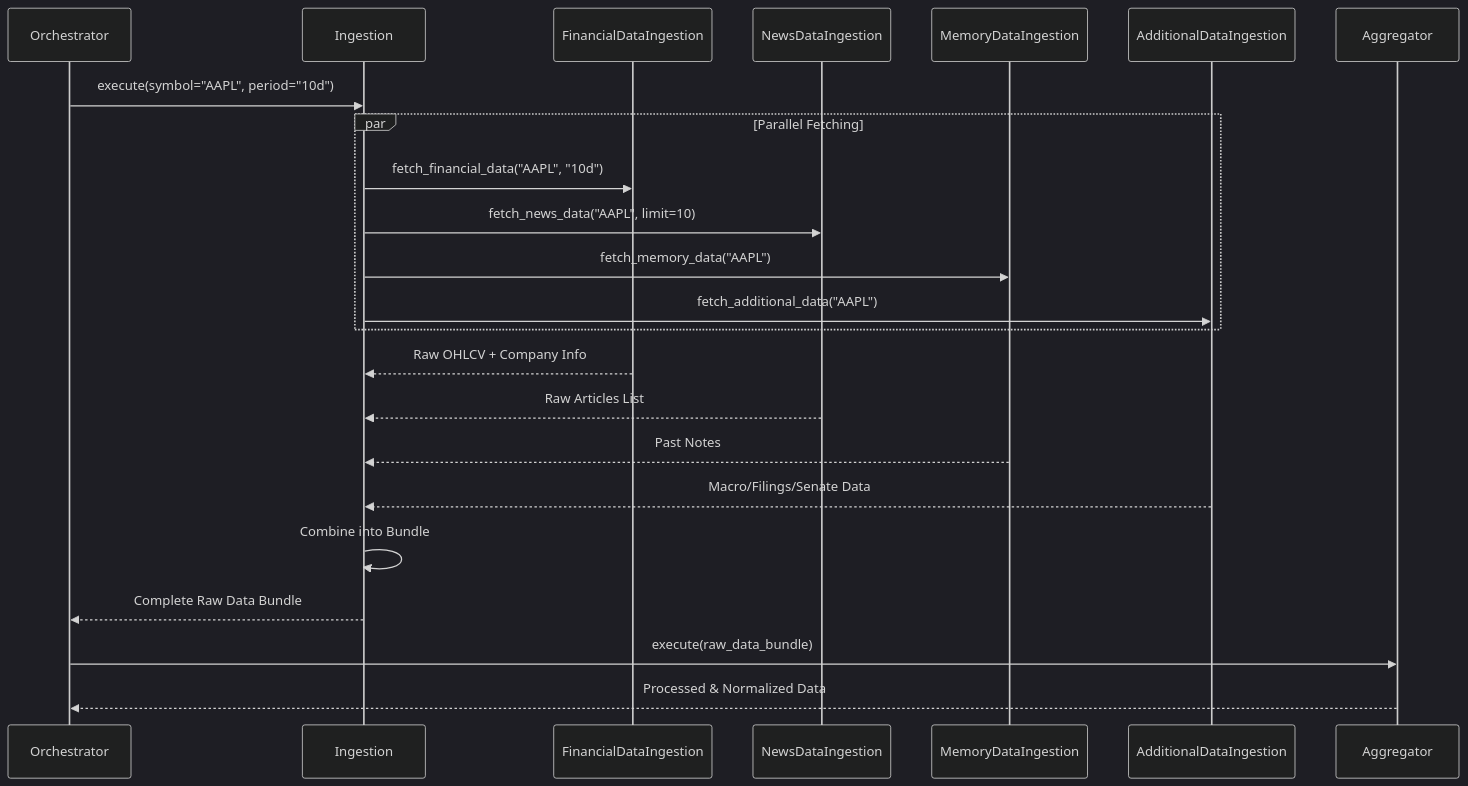
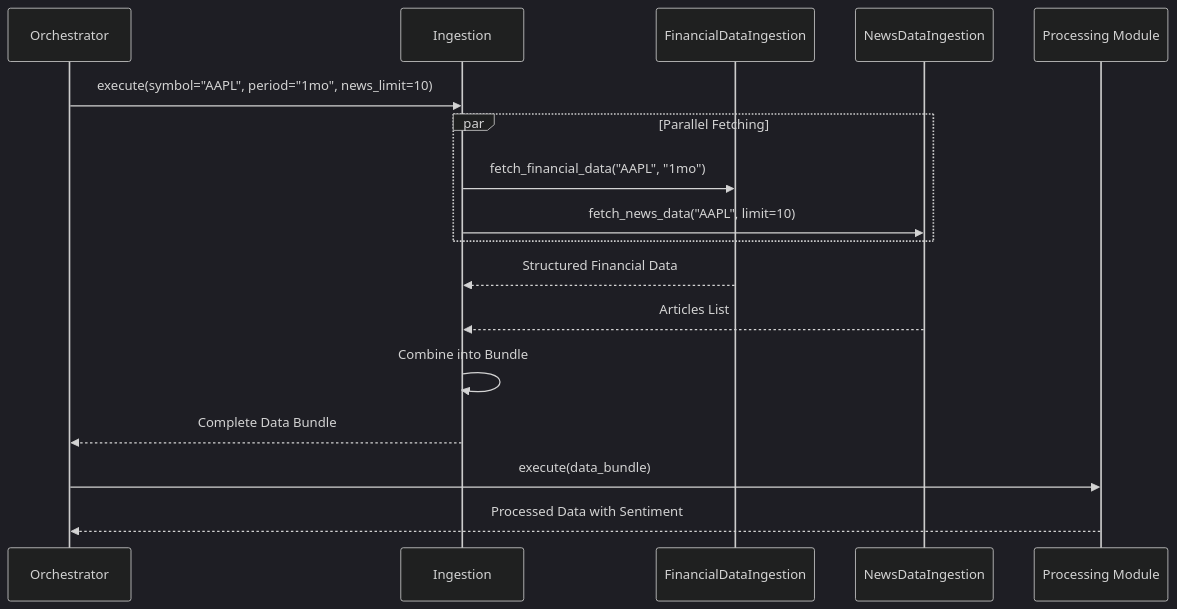
The third of 3 diagrams in src/ingestion/ingestion-flow.md (victorhg/aai-520-final-project-group5), drawn with Mermaid (dark theme) before and after one commit. The commit also changed other lines of this file and 14 other files, not shown here.

Commit message:
Refactor ingestion and aggregation modules: Replace FinancialAggregator and NewsAggregator with FinancialDataIngestion and NewsDataIngestion. Update notebooks to reflect new ingestion methods and remove outdated aggregator files and documentation.

````diff
--- a/src/ingestion/ingestion-flow.md
+++ b/src/ingestion/ingestion-flow.md
@@ -151,30 +153,24 @@
 ```mermaid
 sequenceDiagram
     participant O as Orchestrator
     participant I as Ingestion
     participant FD as FinancialDataIngestion
     participant ND as NewsDataIngestion
-    participant MD as MemoryDataIngestion
-    participant AD as AdditionalDataIngestion
-    participant A as Aggregator
+    participant P as Processing Module
     
-    O->>I: execute(symbol="AAPL", period="10d")
+    O->>I: execute(symbol="AAPL", period="1mo", news_limit=10)
     
     par Parallel Fetching
-        I->>FD: fetch_financial_data("AAPL", "10d")
+        I->>FD: fetch_financial_data("AAPL", "1mo")
         I->>ND: fetch_news_data("AAPL", limit=10)
-        I->>MD: fetch_memory_data("AAPL")
-        I->>AD: fetch_additional_data("AAPL")
     end
     
-    FD-->>I: Raw OHLCV + Company Info
-    ND-->>I: Raw Articles List
-    MD-->>I: Past Notes
-    AD-->>I: Macro/Filings/Senate Data
+    FD-->>I: Structured Financial Data
+    ND-->>I: Articles List
     
     I->>I: Combine into Bundle
-    I-->>O: Complete Raw Data Bundle
+    I-->>O: Complete Data Bundle
     
-    O->>A: execute(raw_data_bundle)
-    A-->>O: Processed & Normalized Data
+    O->>P: execute(data_bundle)
+    P-->>O: Processed Data with Sentiment
 ```
````
